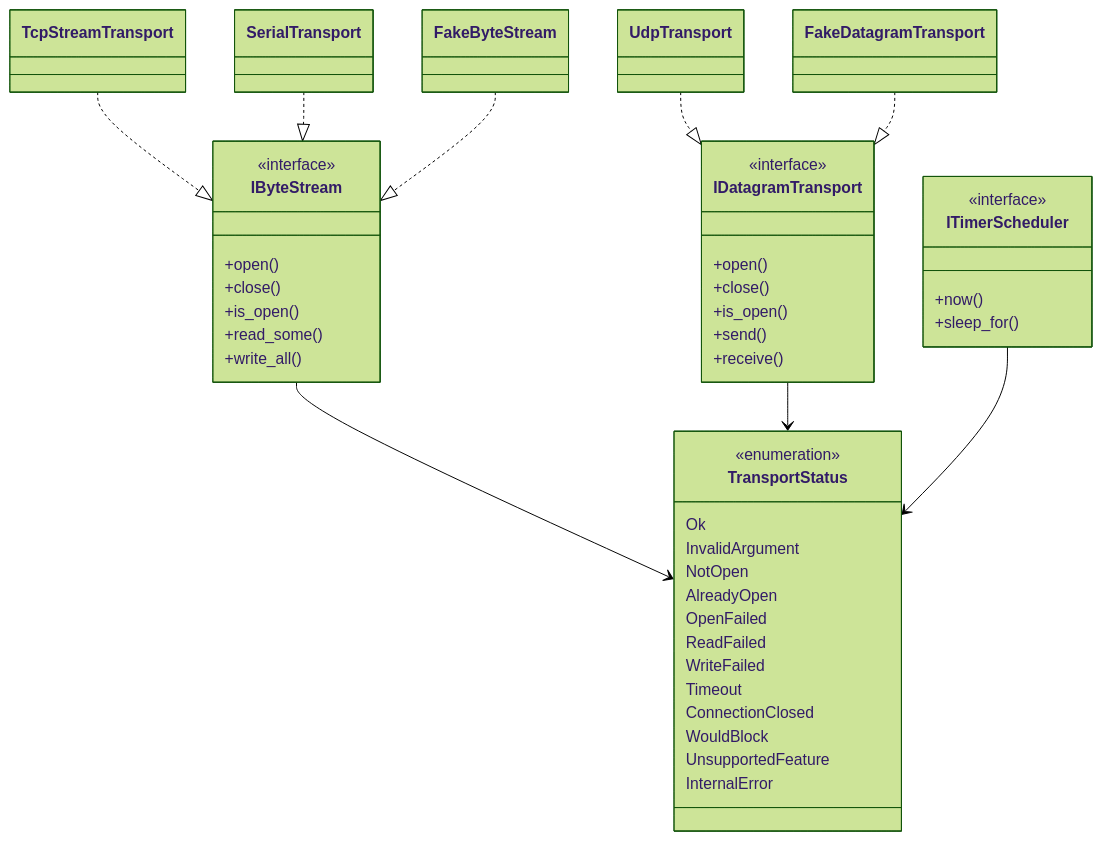
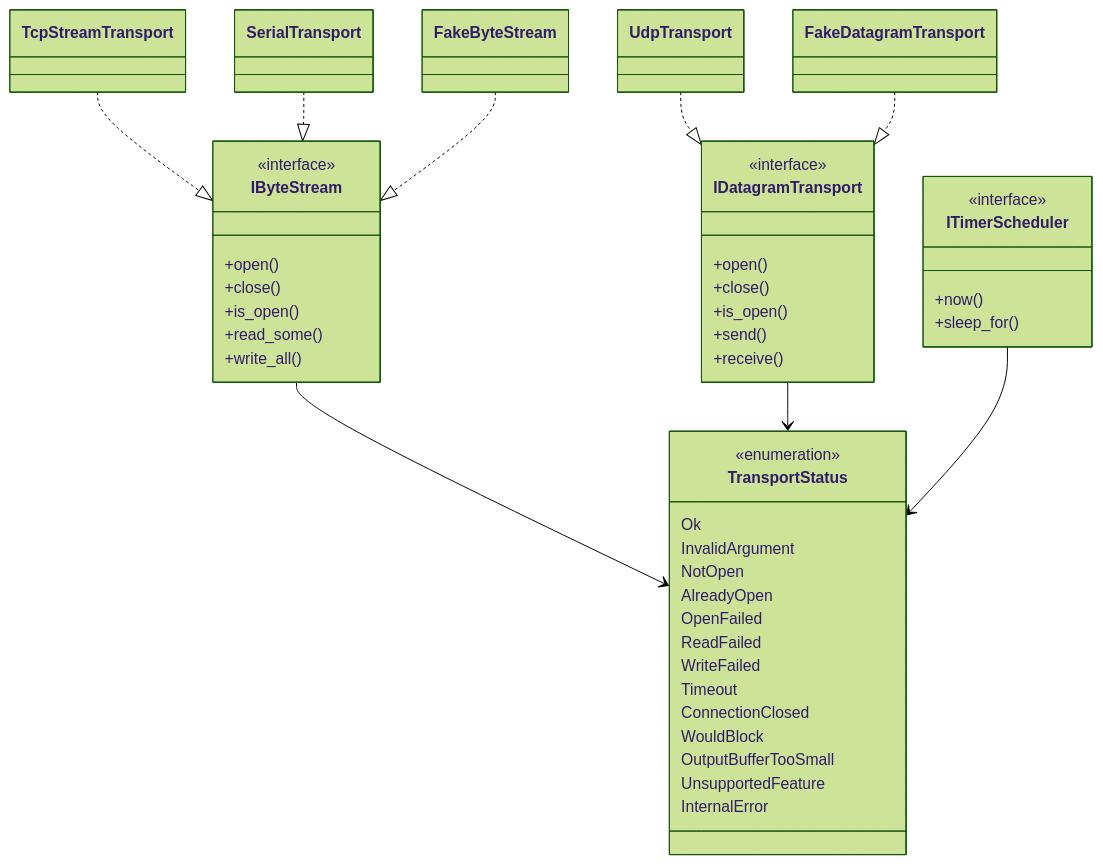
Before and after one commit to gvtret/dlms-transport: the second of 3 diagrams in docs/architecture.md, drawn with Mermaid (forest theme). The commit also changed 1 other file, not shown here.

Commit message:
docs: reconcile transport documentation
Reconcile transport documentation with the current module set. The update adds the missing OutputBufferTooSmall status to the architecture diagram and changes the implementation plan wording so TCP server, non-blocking/event-loop, TLS, serial discovery, tracing, and IEC 62056-21 helper modules are described as implemented transport-level extensions rather than future v1 exclusions.

````diff
--- a/docs/architecture.md
+++ b/docs/architecture.md
@@ -85,58 +85,59 @@
 ```mermaid
 classDiagram
   class TransportStatus {
     <<enumeration>>
     Ok
     InvalidArgument
     NotOpen
     AlreadyOpen
     OpenFailed
     ReadFailed
     WriteFailed
     Timeout
     ConnectionClosed
     WouldBlock
+    OutputBufferTooSmall
     UnsupportedFeature
     InternalError
   }
 
   class IByteStream {
     <<interface>>
     +open()
     +close()
     +is_open()
     +read_some()
     +write_all()
   }
 
   class IDatagramTransport {
     <<interface>>
     +open()
     +close()
     +is_open()
     +send()
     +receive()
   }
 
   class ITimerScheduler {
     <<interface>>
     +now()
     +sleep_for()
   }
 
   class TcpStreamTransport
   class SerialTransport
   class UdpTransport
   class FakeByteStream
   class FakeDatagramTransport
 
   TcpStreamTransport ..|> IByteStream
   SerialTransport ..|> IByteStream
   FakeByteStream ..|> IByteStream
   UdpTransport ..|> IDatagramTransport
   FakeDatagramTransport ..|> IDatagramTransport
 
   IByteStream --> TransportStatus
   IDatagramTransport --> TransportStatus
   ITimerScheduler --> TransportStatus
 ```
````
